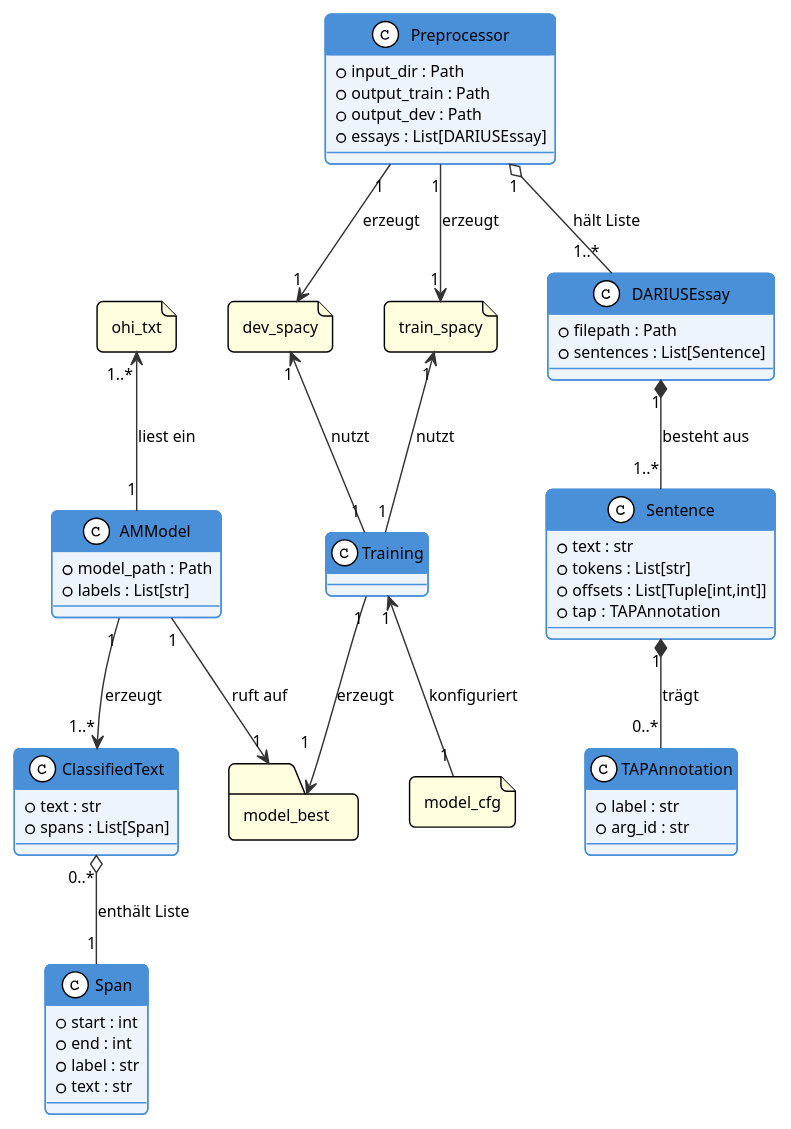
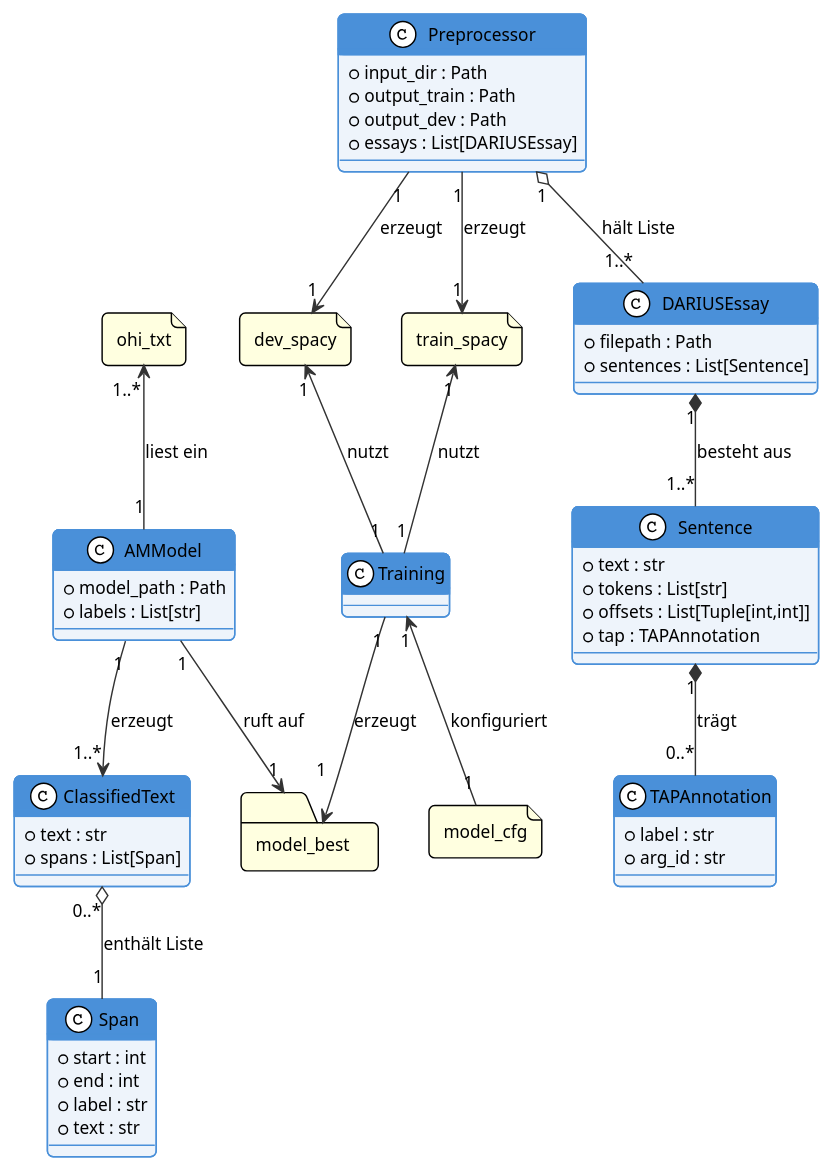
One commit to felixdrescher/german_am_modell changed the diagram in documentation/model/inf-model.plantuml. Above: the diagram before and after it, drawn with PlantUML. The commit also changed 5 other files, not shown here.

Commit message:
finalizes uml with small changes

```diff
--- a/documentation/model/inf-model.plantuml
+++ b/documentation/model/inf-model.plantuml
@@ -1,109 +1,109 @@
 @startuml Informationsmodell: AM-Modell
 !theme plain
 skinparam defaultFontName Arial
-skinparam defaultFontSize 11
+skinparam defaultFontSize 12
 skinparam roundcorner 8
 skinparam objectAttributeIconSize 0
 
 skinparam class {
     BackgroundColor #EEF4FB
     BorderColor #4A90D9
     ArrowColor #333
     HeaderBackgroundColor #4A90D9
     HeaderFontColor white
 }
 
 skinparam file {
     BackgroundColor #LightYellow
 }
 
 skinparam folder {
     BackgroundColor #LightYellow
 }
 
 ' ── Objekte ───────────────────────────────────────────────────────────────────
 file dev_spacy {
 
 }
 
 file train_spacy {
     
 }
 
 folder model_best {
 
 }
 
 file ohi_txt {
 
 }
 
 class Training {
 
 }
 
 class Preprocessor {
     + input_dir : Path
     + output_train : Path
     + output_dev : Path
     + essays : List[DARIUSEssay]
 }
 
 class DARIUSEssay {
     + filepath : Path
     + sentences : List[Sentence]
 }
 
 class Sentence {
     + text : str
     + tokens : List[str]
     + offsets : List[Tuple[int,int]]
     + tap : TAPAnnotation
 }
 
 class TAPAnnotation {
     + label : str
     + arg_id : str
 }
 
 file model_cfg {
 }
 
 class AMModel {
     + model_path : Path
     + labels : List[str]
 }
 
 class Span {
     + start : int
     + end : int
     + label : str
     + text : str
 }
 
 class ClassifiedText {
     + text : str
     + spans : List[Span]
 }
 
 
 ' ── Beziehungen ────────────────────────────────────────────────────────────────
 Preprocessor "1" o-- "1..*" DARIUSEssay : hält Liste
 Preprocessor "1" --> "1" dev_spacy : erzeugt
 Preprocessor "1" --> "1" train_spacy : erzeugt
  
 Training "1" -up-> "1" train_spacy : nutzt
 Training "1" -up-> "1" dev_spacy : nutzt
 Training "1" -down-> "1" model_best : erzeugt
 model_cfg "1" -up-> "1" Training : konfiguriert
 
 DARIUSEssay  "1" *-- "1..*" Sentence      : besteht aus
 Sentence     "1" *-- "0..*" TAPAnnotation : trägt
 
 AMModel "1" -down-> "1..*" ClassifiedText : erzeugt
 ClassifiedText    "0..*" o-- "1" Span : enthält Liste
 AMModel "1" -down-> "1" model_best : ruft auf
 AMModel "1" -up-> "1..*" ohi_txt : liest ein
 
 
 @enduml
```
